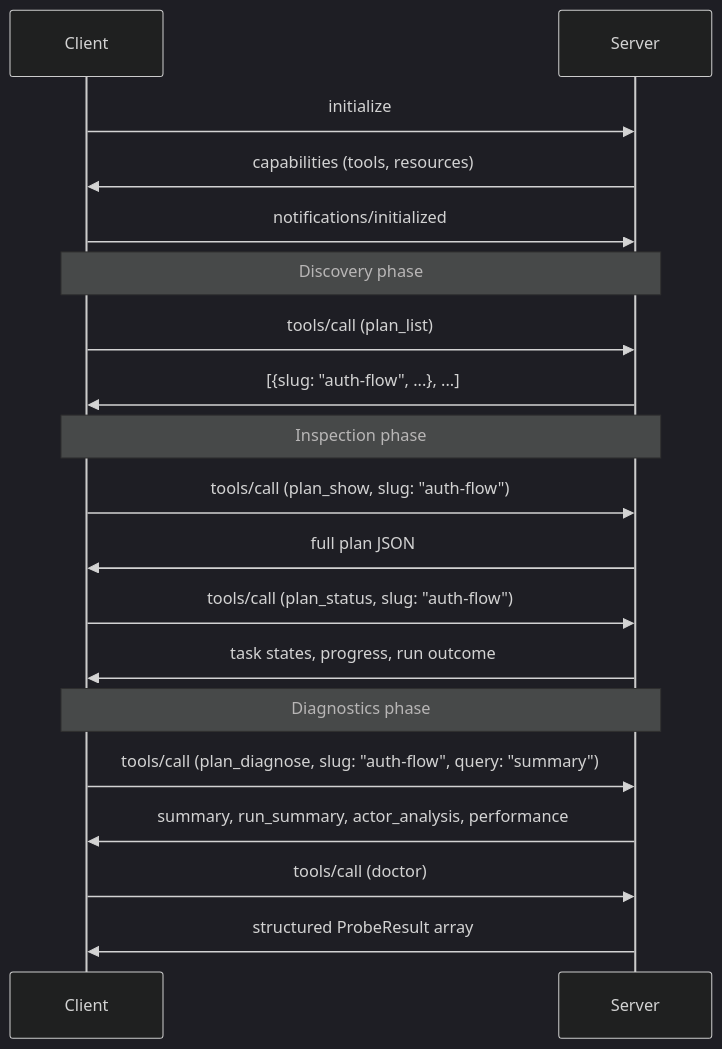
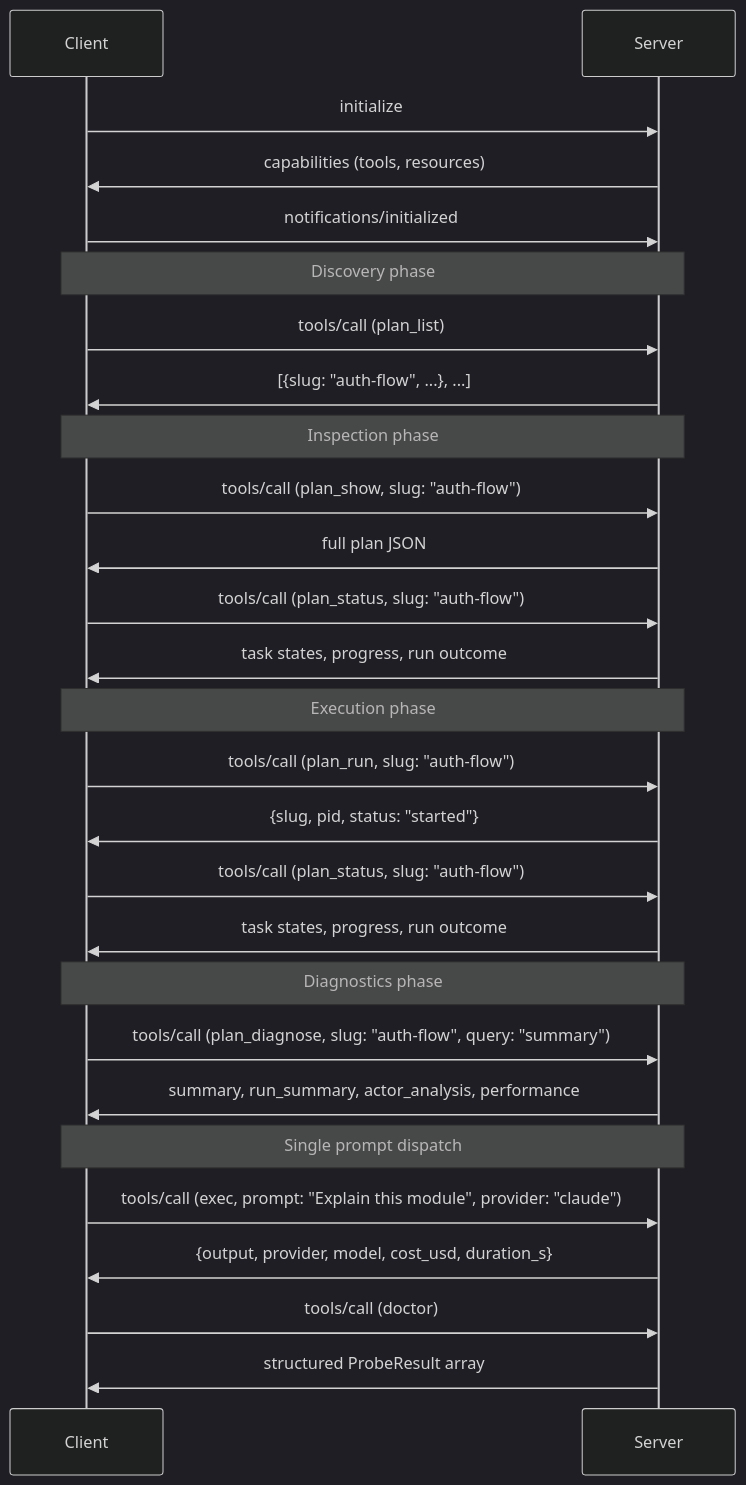
The third of 4 diagrams in docs/mcp.md (opus-domini/praetor), drawn with Mermaid before and after one commit. The commit also changed other lines of this file and 3 other files, not shown here.

First line of the commit message:
feat(mcp): add exec and plan_run tools for agent action capability

````diff
--- a/docs/mcp.md
+++ b/docs/mcp.md
@@ -163,31 +171,42 @@
 ```mermaid
 ---
 config:
   theme: dark
 ---
 sequenceDiagram
     participant Client
     participant Server
 
     Client->>Server: initialize
     Server->>Client: capabilities (tools, resources)
     Client->>Server: notifications/initialized
 
     Note over Client, Server: Discovery phase
     Client->>Server: tools/call (plan_list)
     Server->>Client: [{slug: "auth-flow", ...}, ...]
 
     Note over Client, Server: Inspection phase
     Client->>Server: tools/call (plan_show, slug: "auth-flow")
     Server->>Client: full plan JSON
 
     Client->>Server: tools/call (plan_status, slug: "auth-flow")
     Server->>Client: task states, progress, run outcome
 
+    Note over Client, Server: Execution phase
+    Client->>Server: tools/call (plan_run, slug: "auth-flow")
+    Server->>Client: {slug, pid, status: "started"}
+
+    Client->>Server: tools/call (plan_status, slug: "auth-flow")
+    Server->>Client: task states, progress, run outcome
+
     Note over Client, Server: Diagnostics phase
     Client->>Server: tools/call (plan_diagnose, slug: "auth-flow", query: "summary")
     Server->>Client: summary, run_summary, actor_analysis, performance
 
+    Note over Client, Server: Single prompt dispatch
+    Client->>Server: tools/call (exec, prompt: "Explain this module", provider: "claude")
+    Server->>Client: {output, provider, model, cost_usd, duration_s}
+
     Client->>Server: tools/call (doctor)
     Server->>Client: structured ProbeResult array
 ```
````
